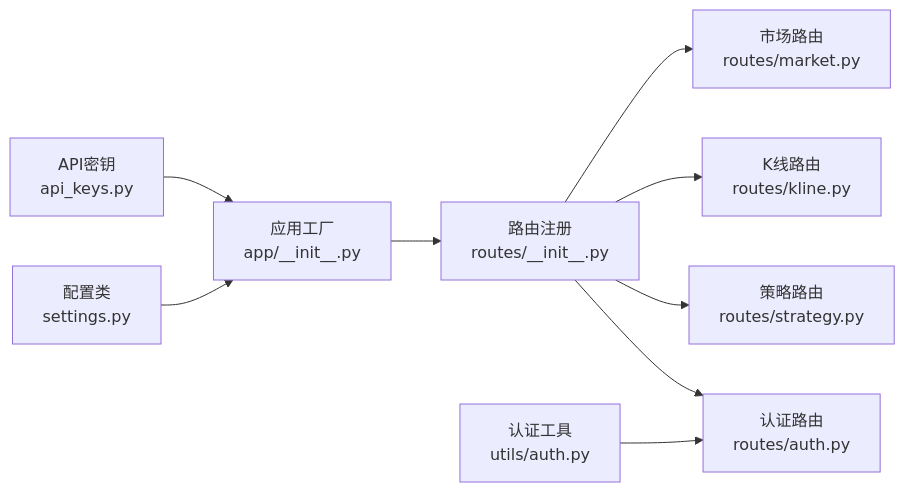
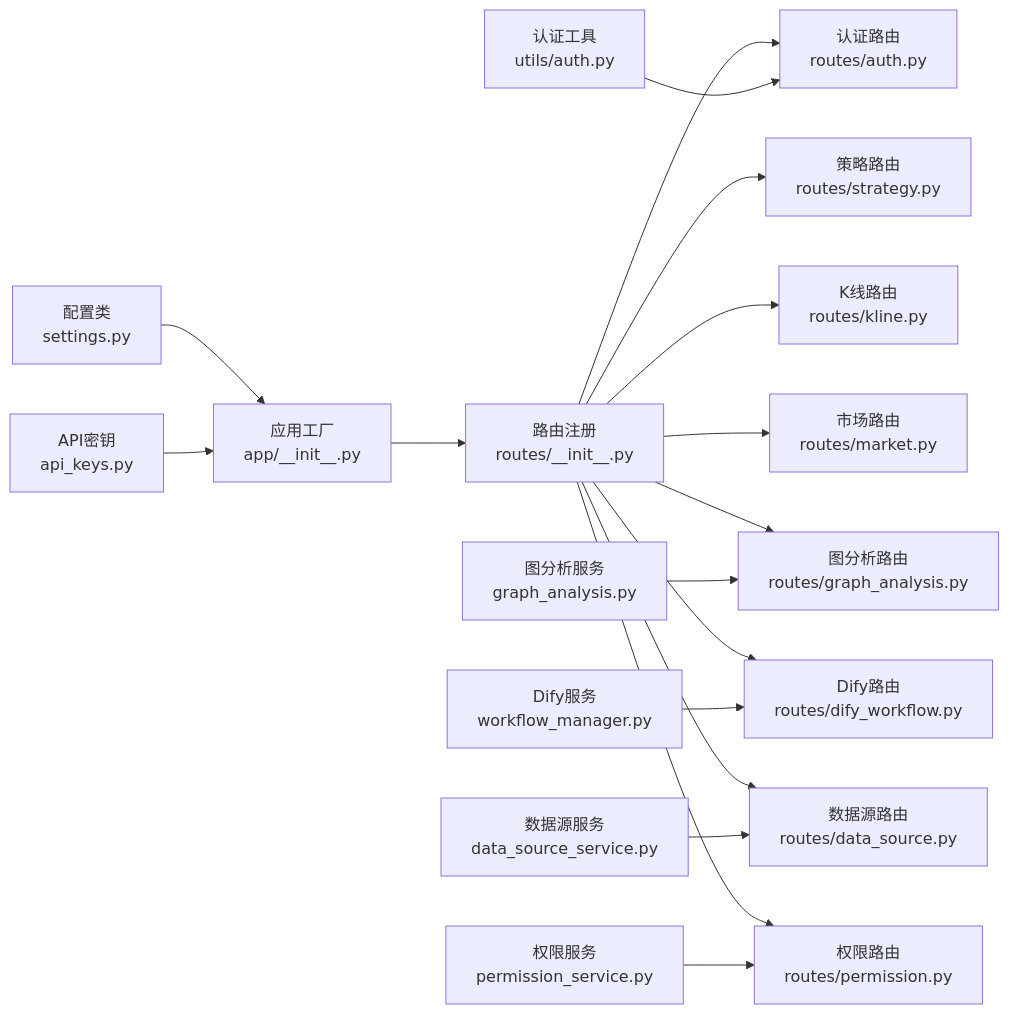
The tenth of 10 diagrams in .qoder/repowiki/zh/content/API参考文档/API参考文档.md (joezxh/QuantDinger), drawn with Mermaid before and after one commit. The commit also changed other lines of this file and 27 other files, not shown here.

````diff
--- a/.qoder/repowiki/zh/content/API参考文档/API参考文档.md
+++ b/.qoder/repowiki/zh/content/API参考文档/API参考文档.md
@@ -204,11 +378,19 @@
 ```mermaid
 graph LR
 Settings["配置类<br/>settings.py"] --> Factory["应用工厂<br/>app/__init__.py"]
 APIKeys["API密钥<br/>api_keys.py"] --> Factory
 Factory --> RoutesReg["路由注册<br/>routes/__init__.py"]
 RoutesReg --> AuthRoutes["认证路由<br/>routes/auth.py"]
 RoutesReg --> StratRoutes["策略路由<br/>routes/strategy.py"]
 RoutesReg --> KlineRoutes["K线路由<br/>routes/kline.py"]
 RoutesReg --> MarketRoutes["市场路由<br/>routes/market.py"]
+RoutesReg --> GraphRoutes["图分析路由<br/>routes/graph_analysis.py"]
+RoutesReg --> DifyRoutes["Dify路由<br/>routes/dify_workflow.py"]
+RoutesReg --> DSRoutes["数据源路由<br/>routes/data_source.py"]
+RoutesReg --> PermRoutes["权限路由<br/>routes/permission.py"]
 Auth["认证工具<br/>utils/auth.py"] --> AuthRoutes
+Graph["图分析服务<br/>graph_analysis.py"] --> GraphRoutes
+Dify["Dify服务<br/>workflow_manager.py"] --> DifyRoutes
+DS["数据源服务<br/>data_source_service.py"] --> DSRoutes
+Perm["权限服务<br/>permission_service.py"] --> PermRoutes
 ```
````
